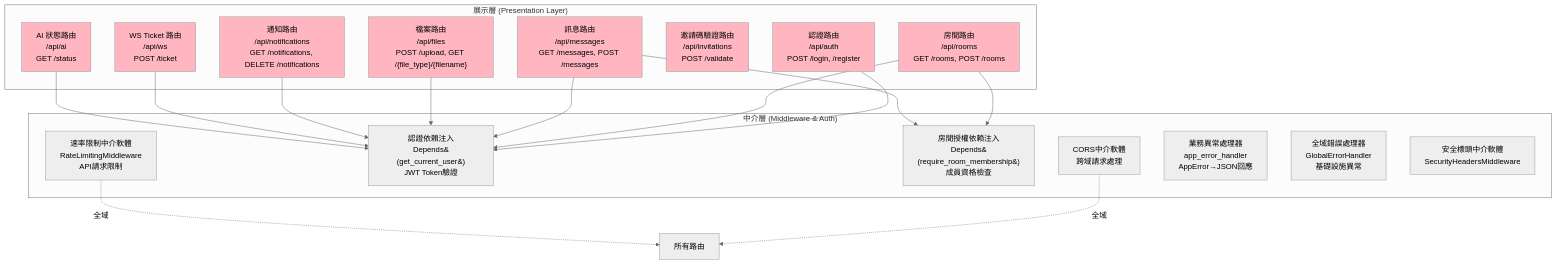
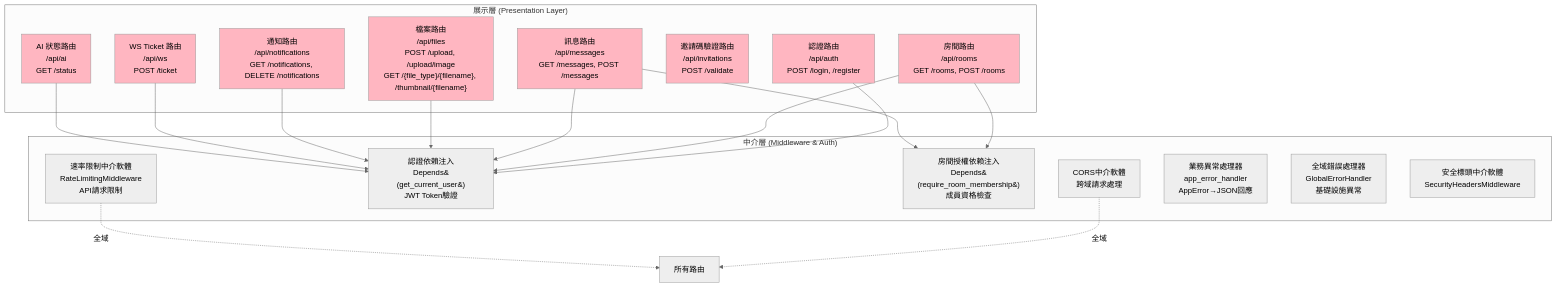
The third of 11 diagrams in docs/c4-architecture.md (twtrubiks/mongo-fastapi-svelte-chat), drawn with Mermaid (neutral theme) before and after one commit. The commit also changed other lines of this file and 9 other files, not shown here.

````diff
--- a/docs/c4-architecture.md
+++ b/docs/c4-architecture.md
@@ -128,45 +128,45 @@
 ```mermaid
 graph TB
     subgraph "展示層 (Presentation Layer)"
         AuthRouter[認證路由<br/>/api/auth<br/>POST /login, /register]
         RoomRouter[房間路由<br/>/api/rooms<br/>GET /rooms, POST /rooms]
         MessageRouter[訊息路由<br/>/api/messages<br/>GET /messages, POST /messages]
-        FileRouter["檔案路由<br/>/api/files<br/>POST /upload, GET /{file_type}/{filename}"]
+        FileRouter["檔案路由<br/>/api/files<br/>POST /upload, /upload/image<br/>GET /{file_type}/{filename}, /thumbnail/{filename}"]
         NotificationRouter[通知路由<br/>/api/notifications<br/>GET /notifications, DELETE /notifications]
         InvitationRouter["邀請碼驗證路由<br/>/api/invitations<br/>POST /validate"]
         WsTicketRouter[WS Ticket 路由<br/>/api/ws<br/>POST /ticket]
         AIRouter[AI 狀態路由<br/>/api/ai<br/>GET /status]
     end
 
     subgraph "中介層 (Middleware & Auth)"
         CORSMiddleware[CORS中介軟體<br/>跨域請求處理]
         AuthDependency[認證依賴注入<br/>Depends&#40;get_current_user&#41;<br/>JWT Token驗證]
         RoomAuthDependency[房間授權依賴注入<br/>Depends&#40;require_room_membership&#41;<br/>成員資格檢查]
         RateLimiter[速率限制中介軟體<br/>RateLimitingMiddleware<br/>API請求限制]
         AppErrorHandler[業務異常處理器<br/>app_error_handler<br/>AppError→JSON回應]
         ErrorHandler[全域錯誤處理器<br/>GlobalErrorHandler<br/>基礎設施異常]
         SecurityHeaders[安全標頭中介軟體<br/>SecurityHeadersMiddleware]
     end
 
     AuthRouter --> AuthDependency
     RoomRouter --> AuthDependency
     RoomRouter --> RoomAuthDependency
     MessageRouter --> AuthDependency
     MessageRouter --> RoomAuthDependency
     FileRouter --> AuthDependency
     NotificationRouter --> AuthDependency
     WsTicketRouter --> AuthDependency
     AIRouter --> AuthDependency
 
     CORSMiddleware -.->|全域| AllRoutes[所有路由]
     RateLimiter -.->|全域| AllRoutes
 
     style AuthRouter fill:#FFB6C1
     style RoomRouter fill:#FFB6C1
     style MessageRouter fill:#FFB6C1
     style FileRouter fill:#FFB6C1
     style NotificationRouter fill:#FFB6C1
     style InvitationRouter fill:#FFB6C1
     style WsTicketRouter fill:#FFB6C1
     style AIRouter fill:#FFB6C1
 ```
````
